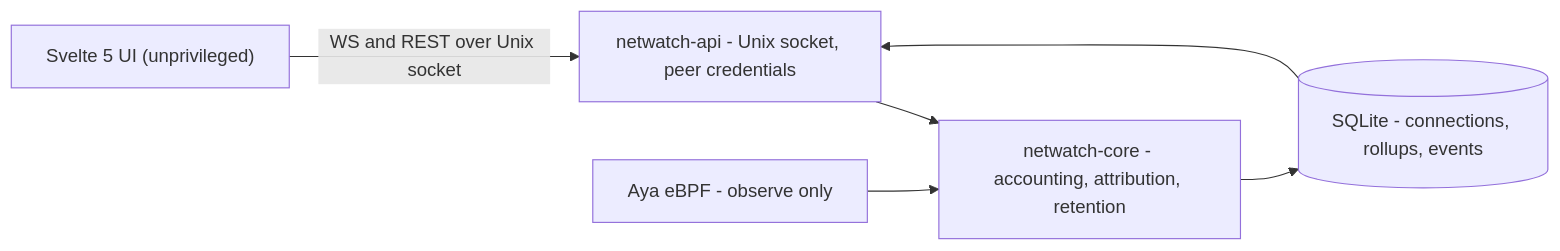
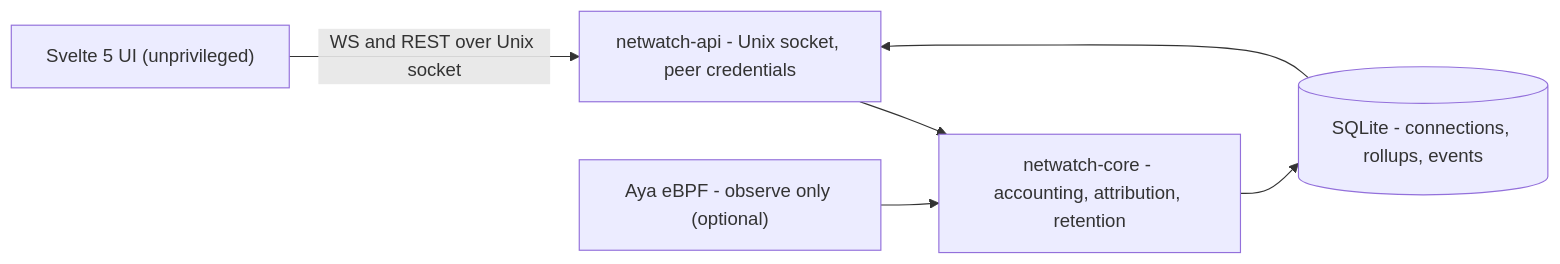
One commit to zvirox/net-watch-pro changed the diagram in README.md. Above: the diagram before and after it, drawn with Mermaid. The commit also changed other lines of this file, not shown here.

```diff
--- a/README.md
+++ b/README.md
@@ -88,14 +76,14 @@
 ~~~mermaid
 flowchart LR
   UI["Svelte 5 UI (unprivileged)"]
   API["netwatch-api - Unix socket, peer credentials"]
   Core["netwatch-core - accounting, attribution, retention"]
-  EBPF["Aya eBPF - observe only"]
+  EBPF["Aya eBPF - observe only (optional)"]
   DB[("SQLite - connections, rollups, events")]
 
   UI -->|WS and REST over Unix socket| API
   API --> Core
   EBPF --> Core
   Core --> DB
   DB --> API
 ~~~
```
